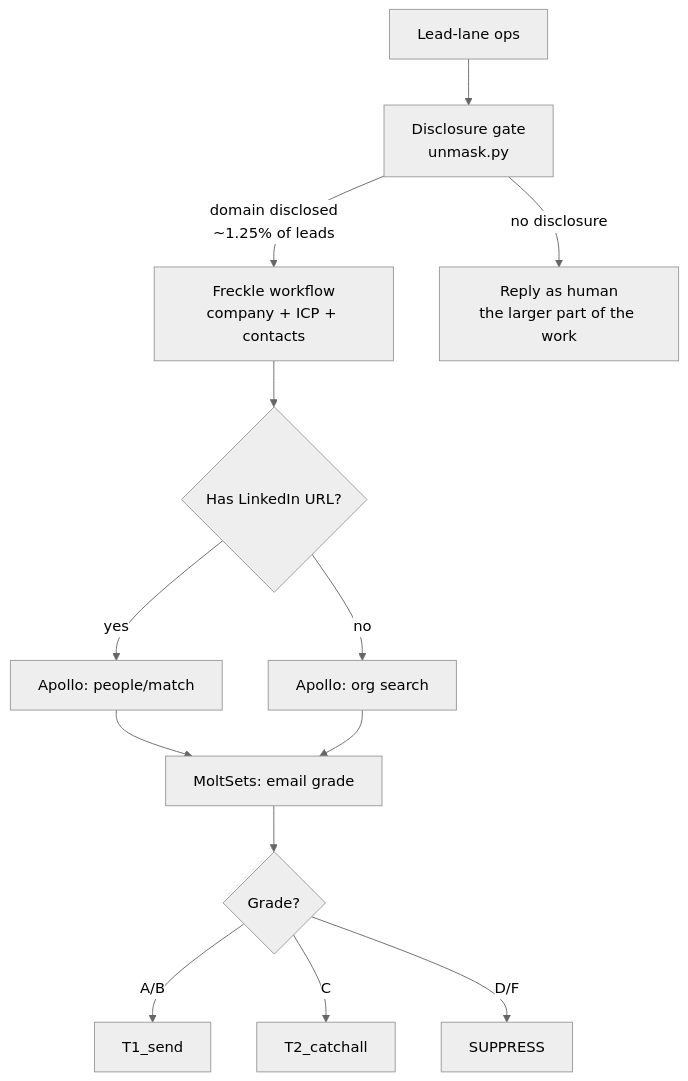
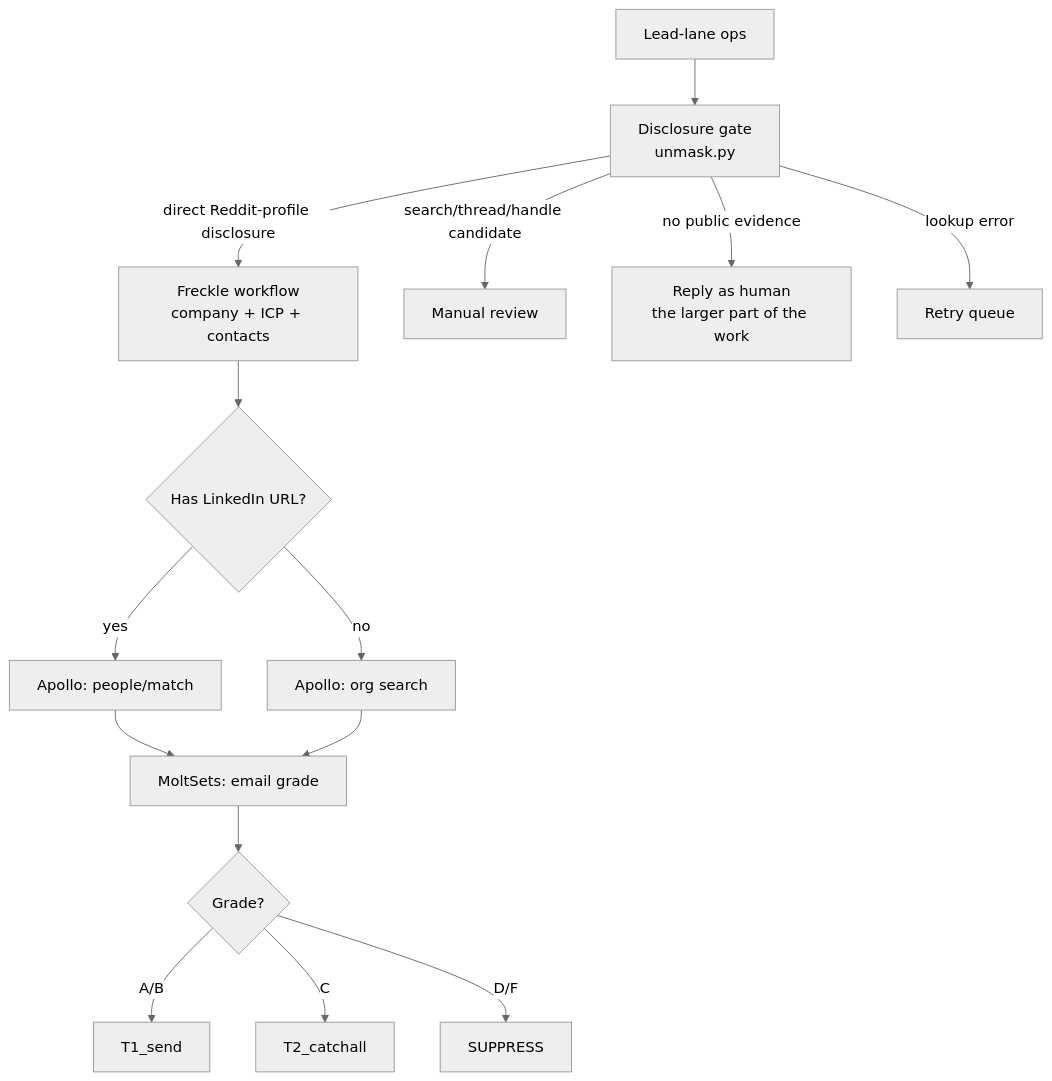
One commit to shawnla90/ClearboxGTM changed the second of 2 diagrams in playbooks/orchestrate-freckle.md. Above: the diagram before and after it, drawn with Mermaid (neutral theme). The commit also changed other lines of this file and 13 other files, not shown here.

Commit message:
fix: require direct Reddit profile evidence for enrichment

````diff
--- a/playbooks/orchestrate-freckle.md
+++ b/playbooks/orchestrate-freckle.md
@@ -30,15 +30,17 @@
 ```mermaid
 graph TD
   A[Lead-lane ops] --> B[Disclosure gate<br/>unmask.py]
-  B -->|domain disclosed<br/>~1.25% of leads| C[Freckle workflow<br/>company + ICP + contacts]
-  B -->|no disclosure| D[Reply as human<br/>the larger part of the work]
+  B -->|direct Reddit-profile disclosure| C[Freckle workflow<br/>company + ICP + contacts]
+  B -->|search/thread/handle candidate| M[Manual review]
+  B -->|no public evidence| D[Reply as human<br/>the larger part of the work]
+  B -->|lookup error| N[Retry queue]
   C --> E{Has LinkedIn URL?}
   E -->|yes| F[Apollo: people/match]
   E -->|no| G[Apollo: org search]
   F --> H[MoltSets: email grade]
   G --> H
   H --> I{Grade?}
   I -->|A/B| J[T1_send]
   I -->|C| K[T2_catchall]
   I -->|D/F| L[SUPPRESS]
 ```
````
